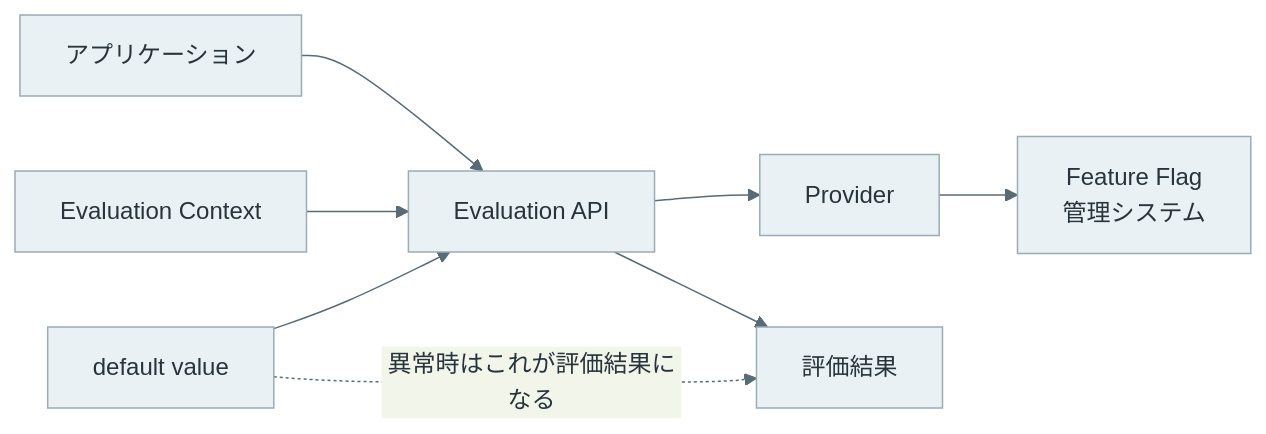
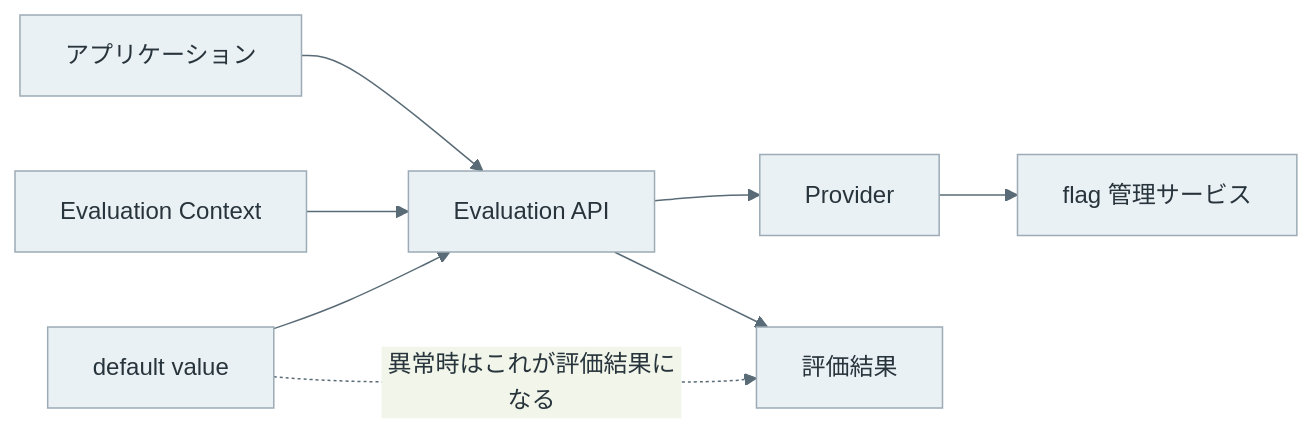
One commit to nao1215/debimate changed the fifth of 6 diagrams in content/notes/software-architecture/feature-flag/index.md. Above: the diagram before and after it, drawn with Mermaid. The commit also changed other lines of this file and 32 other files, not shown here.

````diff
--- a/content/notes/software-architecture/feature-flag/index.md
+++ b/content/notes/software-architecture/feature-flag/index.md
@@ -149,12 +151,12 @@
 ```mermaid
 %%{init: {"theme":"base","themeVariables":{"primaryColor":"#eaf1f5","primaryTextColor":"#28343b","primaryBorderColor":"#9cabb5","lineColor":"#596b76","textColor":"#28343b","actorBkg":"#eaf1f5","actorBorder":"#9cabb5","actorTextColor":"#28343b","actorLineColor":"#9cabb5","signalColor":"#596b76","signalTextColor":"#28343b","noteBkgColor":"#f7f1e5","noteBorderColor":"#c5b99b","noteTextColor":"#403c32","activationBkgColor":"#edf3ef","activationBorderColor":"#9aafa1"}}}%%
 flowchart LR
     App["アプリケーション"] --> EA["Evaluation API"]
     EC["Evaluation Context"] --> EA
     DV["default value"] --> EA
     EA --> Pr["Provider"]
-    Pr --> FM["Feature Flag<br/>管理システム"]
+    Pr --> FM["flag 管理サービス"]
     EA --> R["評価結果"]
     DV -. "異常時はこれが評価結果になる" .-> R
     classDef default fill:#eaf1f5,stroke:#9cabb5,color:#28343b;
 ```
````
